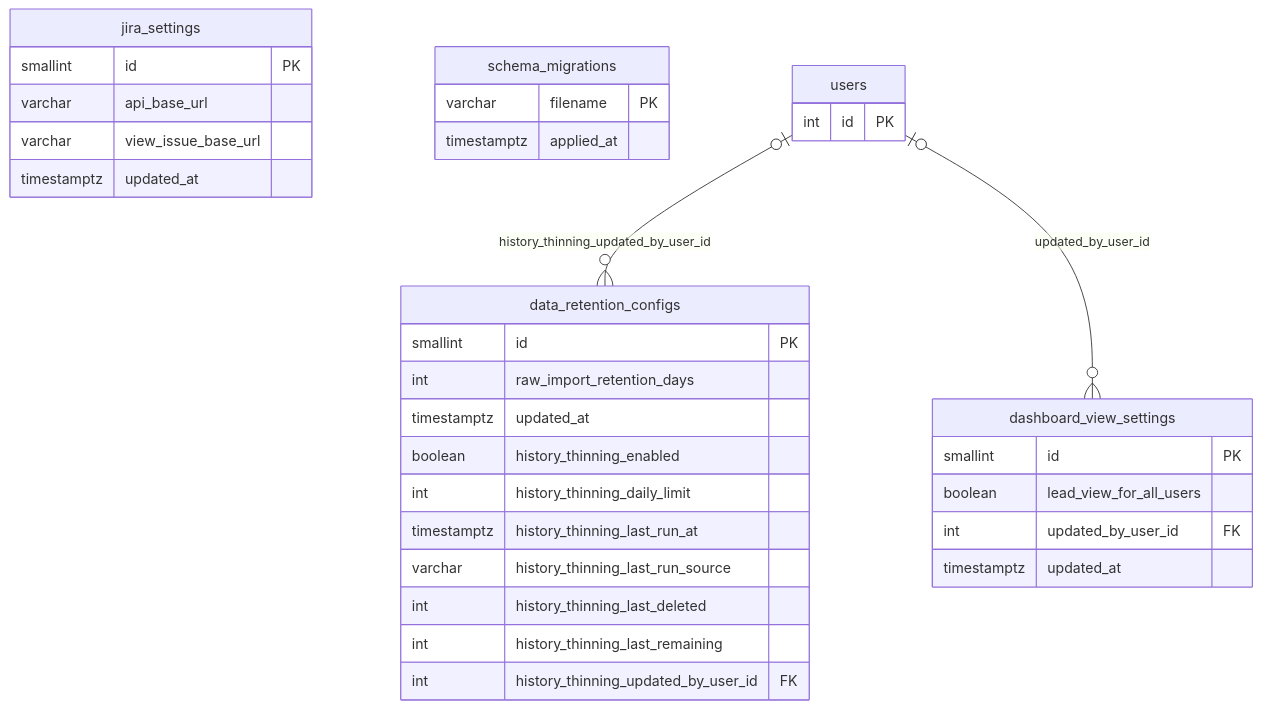
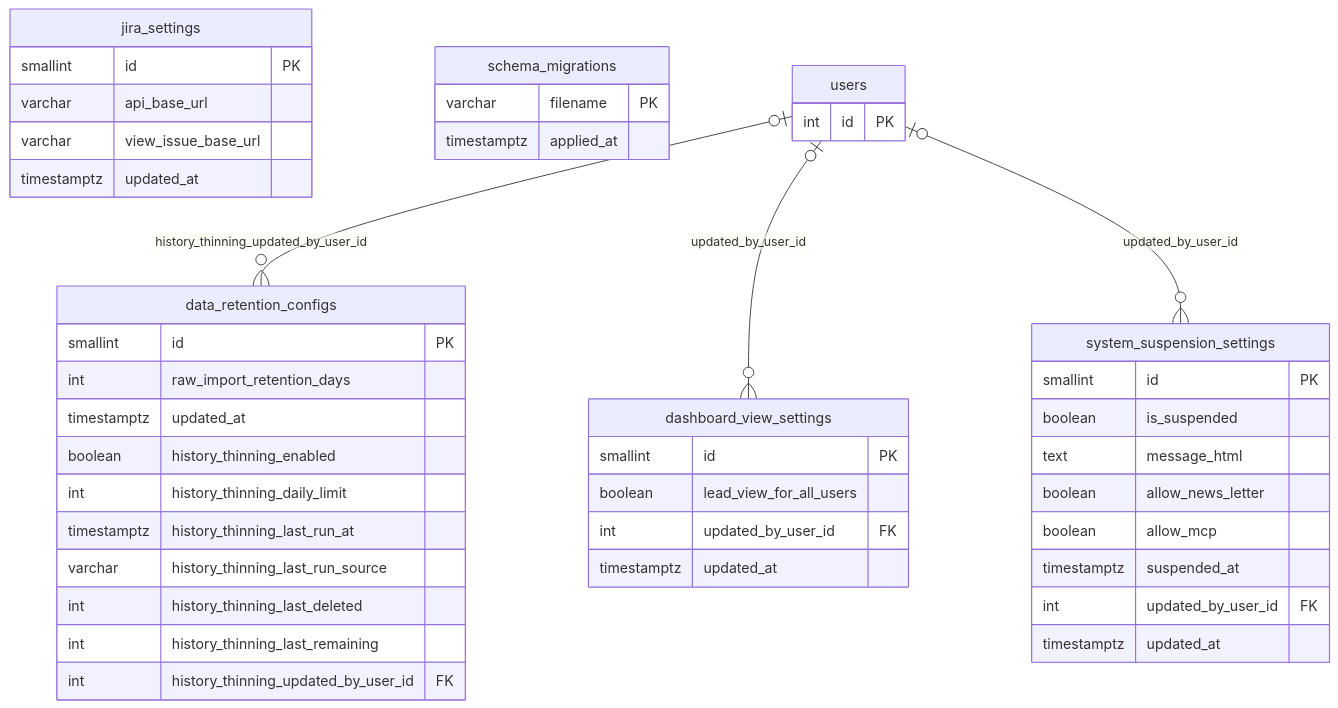
One commit to dminhbb/ttm-tool changed the ninth of 13 diagrams in docs/database-erd.md. Above: the diagram before and after it, drawn with Mermaid. The commit also changed other lines of this file and 27 other files, not shown here.

````diff
--- a/docs/database-erd.md
+++ b/docs/database-erd.md
@@ -1638,36 +1641,47 @@
 ```mermaid
 erDiagram
     jira_settings {
         smallint id PK
         varchar api_base_url
         varchar view_issue_base_url
         timestamptz updated_at
     }
     data_retention_configs {
         smallint id PK
         int raw_import_retention_days
         timestamptz updated_at
         boolean history_thinning_enabled
         int history_thinning_daily_limit
         timestamptz history_thinning_last_run_at
         varchar history_thinning_last_run_source
         int history_thinning_last_deleted
         int history_thinning_last_remaining
         int history_thinning_updated_by_user_id FK
     }
     dashboard_view_settings {
         smallint id PK
         boolean lead_view_for_all_users
         int updated_by_user_id FK
         timestamptz updated_at
     }
+    system_suspension_settings {
+        smallint id PK
+        boolean is_suspended
+        text message_html
+        boolean allow_news_letter
+        boolean allow_mcp
+        timestamptz suspended_at
+        int updated_by_user_id FK
+        timestamptz updated_at
+    }
     schema_migrations {
         varchar filename PK
         timestamptz applied_at
     }
     users {
         int id PK
     }
     users |o--o{ data_retention_configs : "history_thinning_updated_by_user_id"
     users |o--o{ dashboard_view_settings : "updated_by_user_id"
+    users |o--o{ system_suspension_settings : "updated_by_user_id"
 ```
````
